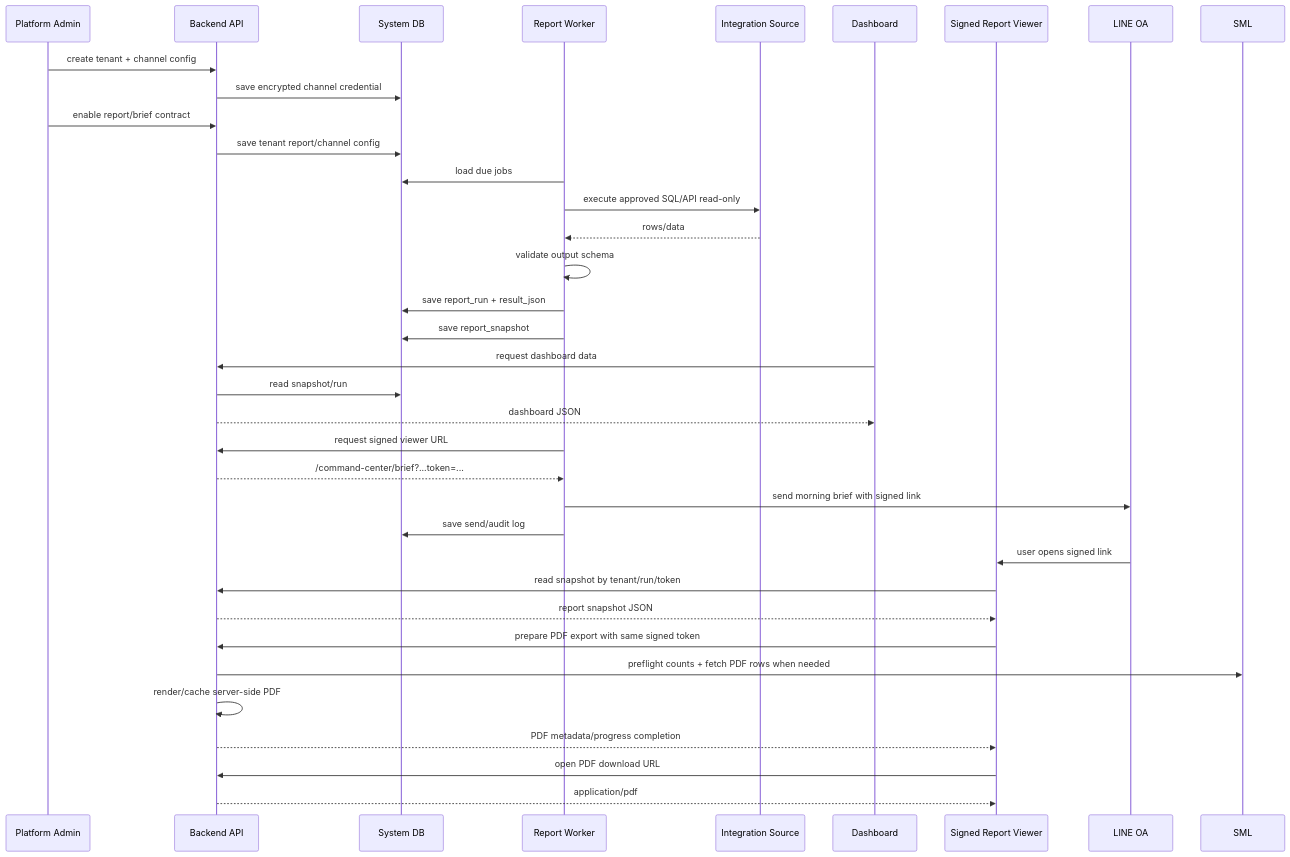
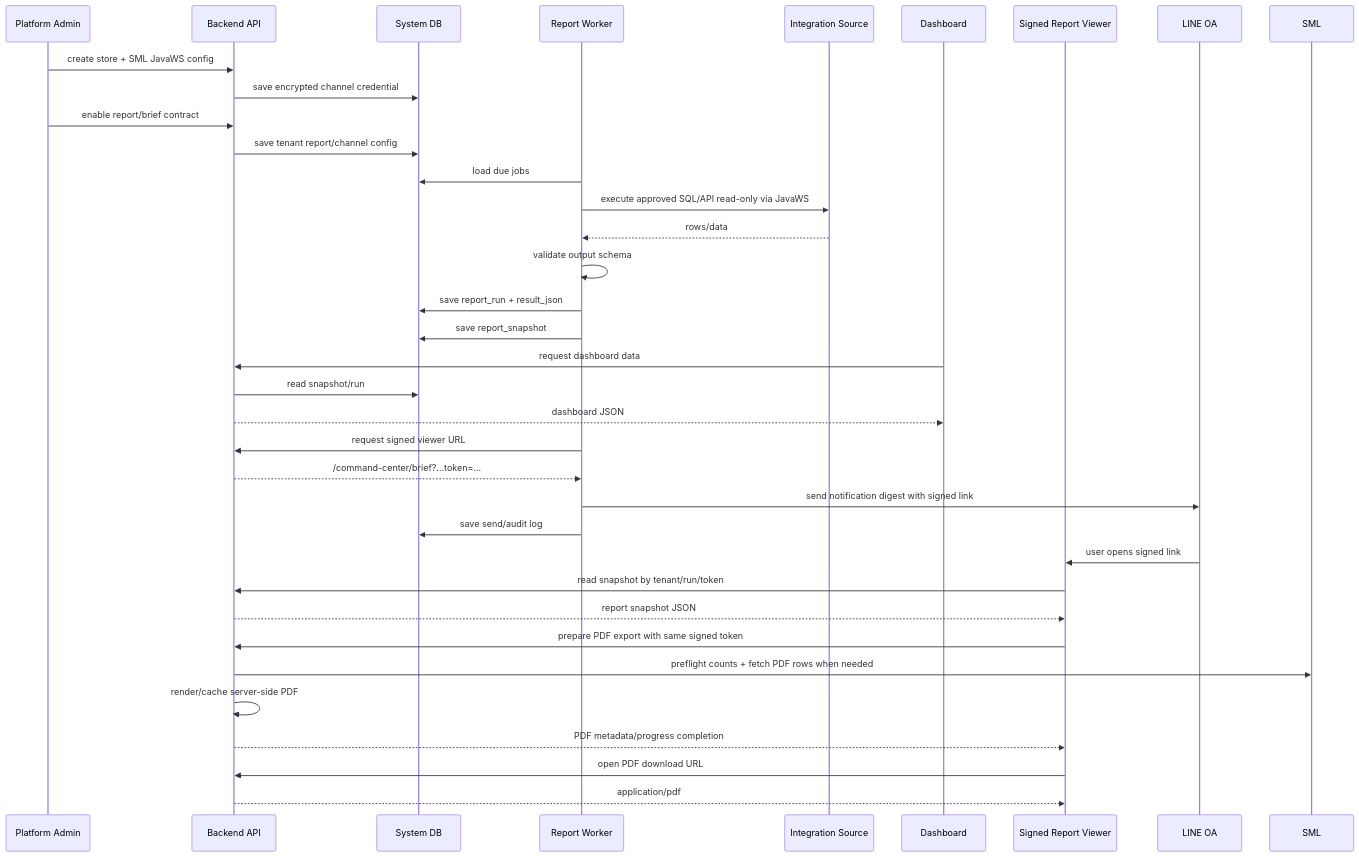
One commit to bosocmputer/ai-business-command-center changed the first of 2 diagrams in docs/03_DATA_FLOW_TH.md. Above: the diagram before and after it, drawn with Mermaid. The commit also changed other lines of this file and 87 other files, not shown here.

````diff
--- a/docs/03_DATA_FLOW_TH.md
+++ b/docs/03_DATA_FLOW_TH.md
@@ -19,38 +19,38 @@
 ```mermaid
 sequenceDiagram
     participant Admin as Platform Admin
     participant API as Backend API
     participant DB as System DB
     participant Worker as Report Worker
     participant Source as Integration Source
     participant Web as Dashboard
     participant Brief as Signed Report Viewer
     participant LINE as LINE OA
 
-    Admin->>API: create tenant + channel config
+    Admin->>API: create store + SML JavaWS config
     API->>DB: save encrypted channel credential
     Admin->>API: enable report/brief contract
     API->>DB: save tenant report/channel config
     Worker->>DB: load due jobs
-    Worker->>Source: execute approved SQL/API read-only
+    Worker->>Source: execute approved SQL/API read-only via JavaWS
     Source-->>Worker: rows/data
     Worker->>Worker: validate output schema
     Worker->>DB: save report_run + result_json
     Worker->>DB: save report_snapshot
     Web->>API: request dashboard data
     API->>DB: read snapshot/run
     API-->>Web: dashboard JSON
     Worker->>API: request signed viewer URL
     API-->>Worker: /command-center/brief?...token=...
-    Worker->>LINE: send morning brief with signed link
+    Worker->>LINE: send notification digest with signed link
     Worker->>DB: save send/audit log
     LINE->>Brief: user opens signed link
     Brief->>API: read snapshot by tenant/run/token
     API-->>Brief: report snapshot JSON
     Brief->>API: prepare PDF export with same signed token
     API->>SML: preflight counts + fetch PDF rows when needed
     API->>API: render/cache server-side PDF
     API-->>Brief: PDF metadata/progress completion
     Brief->>API: open PDF download URL
     API-->>Brief: application/pdf
 ```
````
